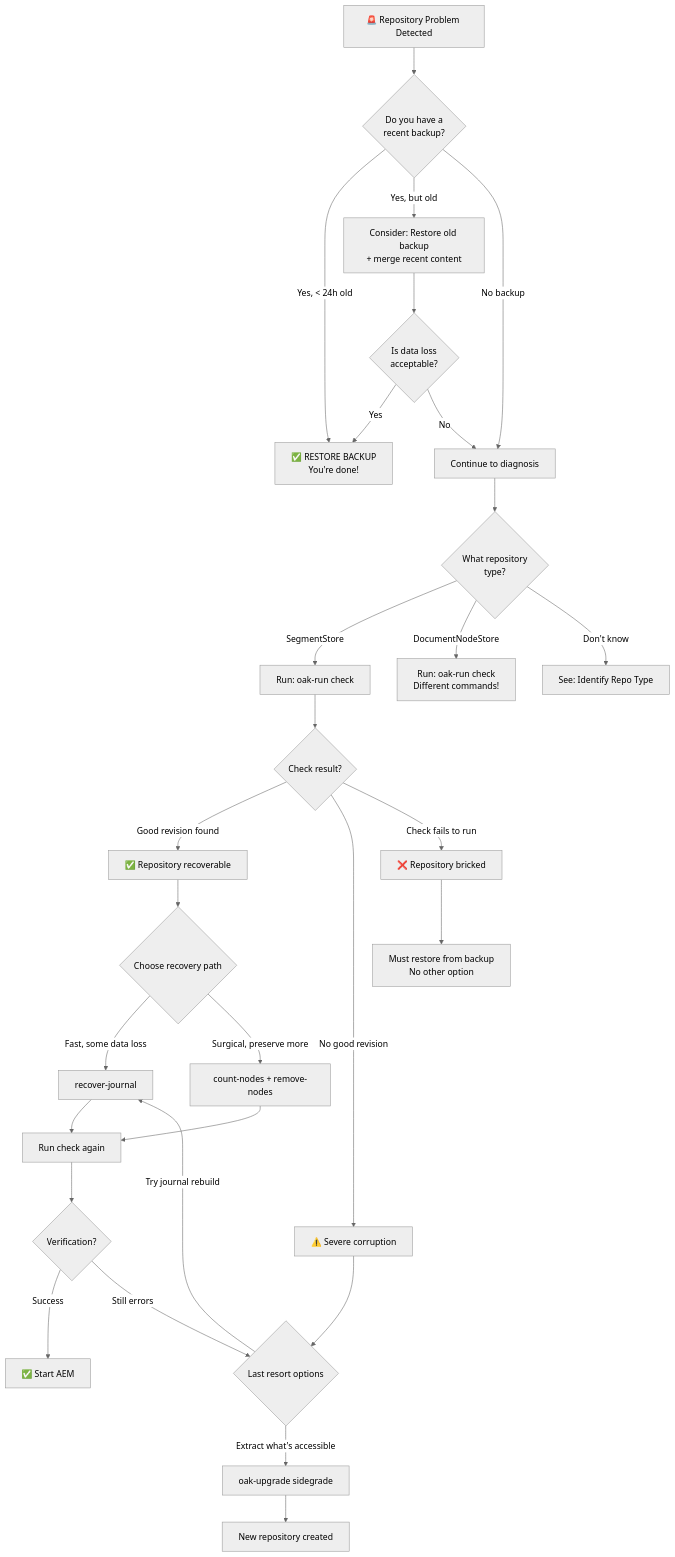
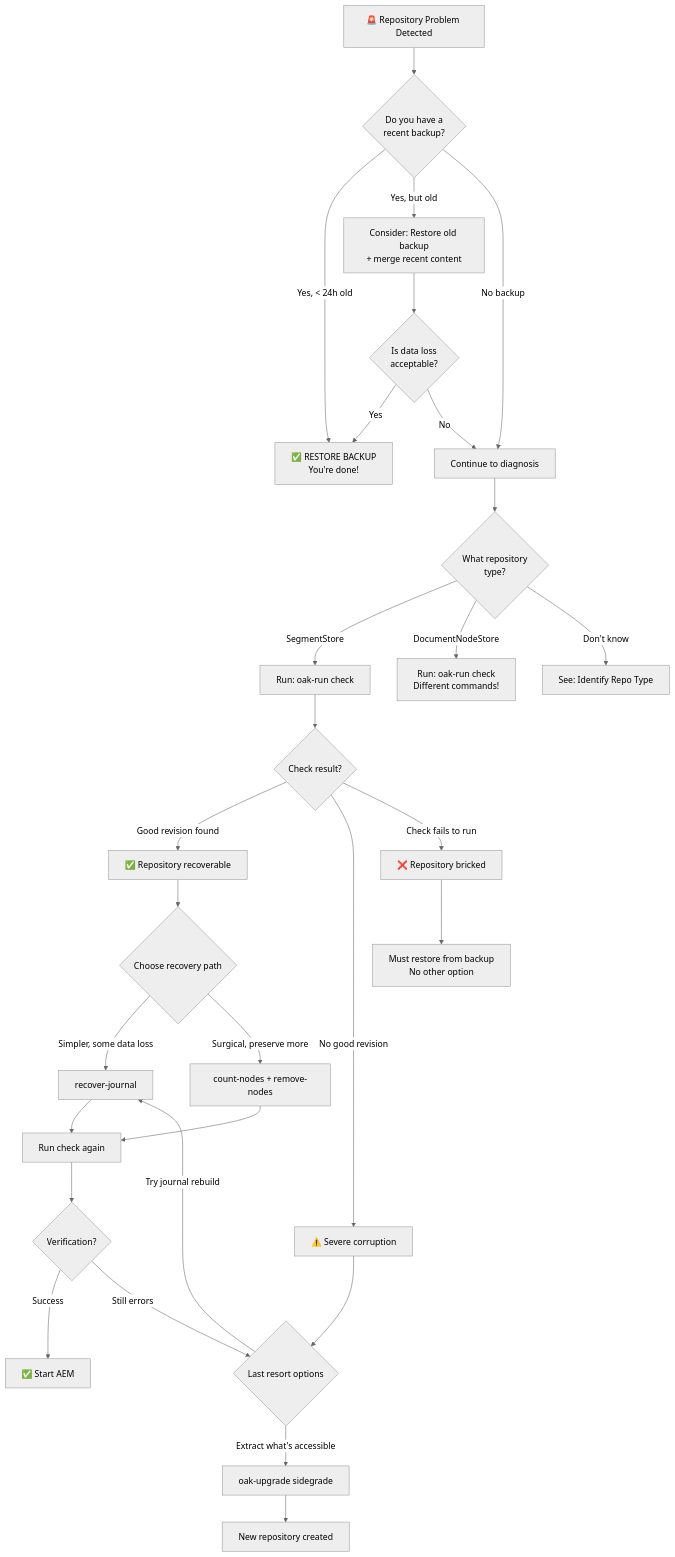
One commit to somarc/oak-magnum-oakus changed the diagram in docs/crisis/decision-tree.md. Above: the diagram before and after it, drawn with Mermaid (neutral theme). The commit also changed other lines of this file and 8 other files, not shown here.

````diff
--- a/docs/crisis/decision-tree.md
+++ b/docs/crisis/decision-tree.md
@@ -5,44 +5,44 @@
 ```mermaid
 flowchart TD
     START[🚨 Repository Problem Detected] --> BACKUP{Do you have a<br/>recent backup?}
     
     BACKUP -->|Yes, < 24h old| RESTORE[✅ RESTORE BACKUP<br/>You're done!]
     BACKUP -->|Yes, but old| OLD_BACKUP[Consider: Restore old backup<br/>+ merge recent content]
     BACKUP -->|No backup| NO_BACKUP[Continue to diagnosis]
     
     OLD_BACKUP --> ACCEPTABLE{Is data loss<br/>acceptable?}
     ACCEPTABLE -->|Yes| RESTORE
     ACCEPTABLE -->|No| NO_BACKUP
     
     NO_BACKUP --> IDENTIFY{What repository<br/>type?}
     
     IDENTIFY -->|SegmentStore| CHECK_SEG[Run: oak-run check]
     IDENTIFY -->|DocumentNodeStore| CHECK_DOC[Run: oak-run check<br/>Different commands!]
     IDENTIFY -->|Don't know| IDENTIFY_HELP[See: Identify Repo Type]
     
     CHECK_SEG --> CHECK_RESULT{Check result?}
     
     CHECK_RESULT -->|Good revision found| GOOD_REV[✅ Repository recoverable]
     CHECK_RESULT -->|No good revision| NO_REV[⚠️ Severe corruption]
     CHECK_RESULT -->|Check fails to run| BRICKED[❌ Repository bricked]
     
     GOOD_REV --> RECOVERY_PATH{Choose recovery path}
     
-    RECOVERY_PATH -->|Fast, some data loss| RECOVER_JOURNAL[recover-journal]
+    RECOVERY_PATH -->|Simpler, some data loss| RECOVER_JOURNAL[recover-journal]
     RECOVERY_PATH -->|Surgical, preserve more| SURGICAL[count-nodes + remove-nodes]
     
     NO_REV --> LAST_RESORT{Last resort options}
     
     LAST_RESORT -->|Try journal rebuild| RECOVER_JOURNAL
     LAST_RESORT -->|Extract what's accessible| SIDEGRADE[oak-upgrade sidegrade]
     
     BRICKED --> MUST_RESTORE[Must restore from backup<br/>No other option]
     
     RECOVER_JOURNAL --> VERIFY[Run check again]
     SURGICAL --> VERIFY
     SIDEGRADE --> NEW_REPO[New repository created]
     
     VERIFY --> VERIFY_RESULT{Verification?}
     VERIFY_RESULT -->|Success| DONE[✅ Start AEM]
     VERIFY_RESULT -->|Still errors| LAST_RESORT
 ```
````
